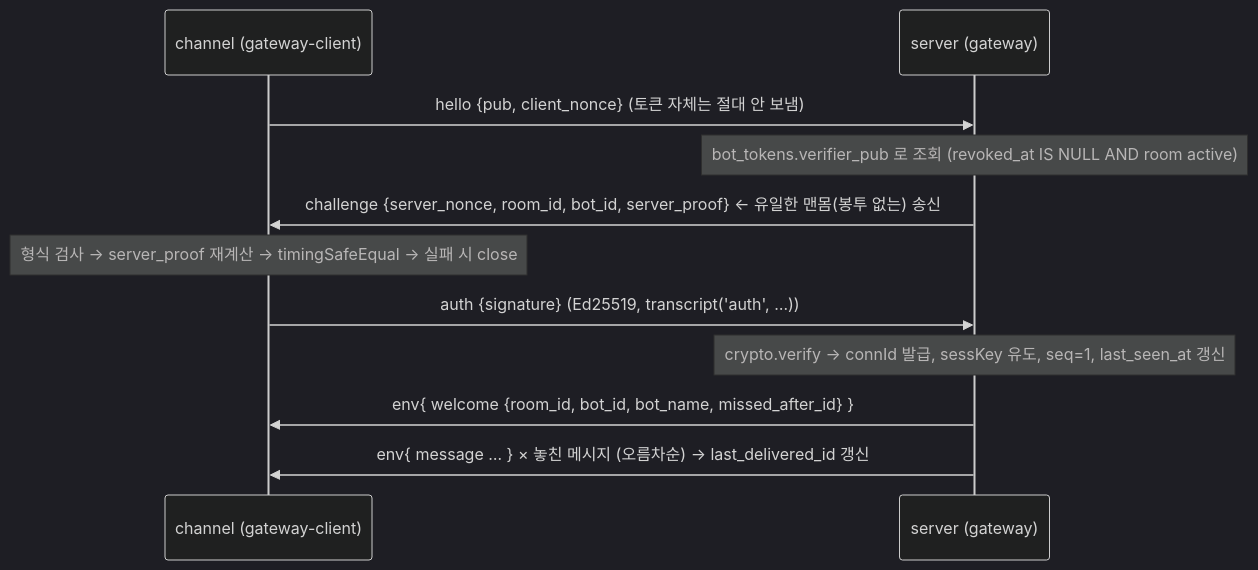
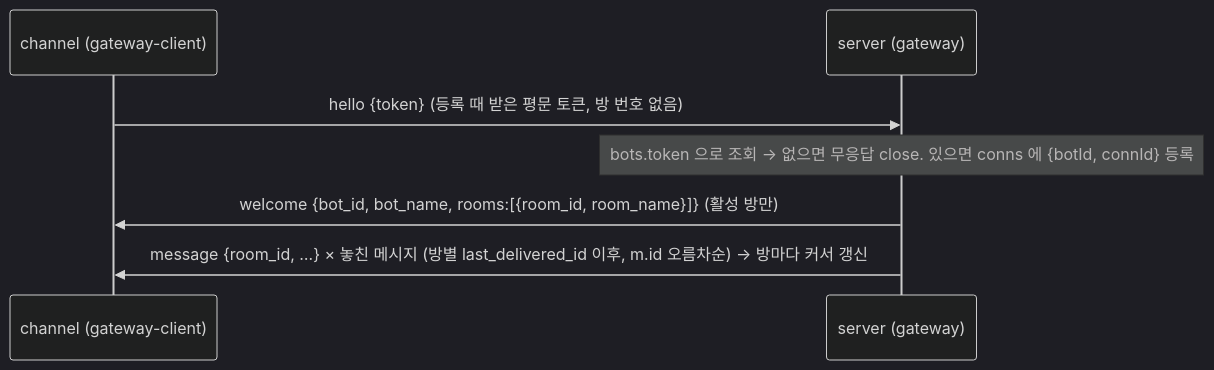
The diagram in .moai/project/codemaps/entry-points.md (bjw202/minidiscord), drawn with Mermaid (dark theme) before and after one commit. The commit also changed other lines of this file and 5 other files, not shown here.

First line of the commit message:
docs(v2-a): SPEC-BOTMODEL-001 sync — README·ROADMAP·codemaps 를 v2 봇 모델로, CHANGELOG, spec completed

````diff
--- a/.moai/project/codemaps/entry-points.md
+++ b/.moai/project/codemaps/entry-points.md
@@ -97,13 +97,9 @@
 ```mermaid
 sequenceDiagram
   participant C as channel (gateway-client)
   participant S as server (gateway)
-  C->>S: hello {pub, client_nonce}            (토큰 자체는 절대 안 보냄)
-  Note over S: bot_tokens.verifier_pub 로 조회 (revoked_at IS NULL AND room active)
-  S->>C: challenge {server_nonce, room_id, bot_id, server_proof}   ← 유일한 맨몸(봉투 없는) 송신
-  Note over C: 형식 검사 → server_proof 재계산 → timingSafeEqual → 실패 시 close
-  C->>S: auth {signature}                      (Ed25519, transcript('auth', …))
-  Note over S: crypto.verify → connId 발급, sessKey 유도, seq=1, last_seen_at 갱신
-  S->>C: env{ welcome {room_id, bot_id, bot_name, missed_after_id} }
-  S->>C: env{ message … } × 놓친 메시지 (오름차순) → last_delivered_id 갱신
+  C->>S: hello {token}                         (등록 때 받은 평문 토큰, 방 번호 없음)
+  Note over S: bots.token 으로 조회 → 없으면 무응답 close. 있으면 conns 에 {botId, connId} 등록
+  S->>C: welcome {bot_id, bot_name, rooms:[{room_id, room_name}]}   (활성 방만)
+  S->>C: message {room_id, …} × 놓친 메시지 (방별 last_delivered_id 이후, m.id 오름차순) → 방마다 커서 갱신
 ```
````
